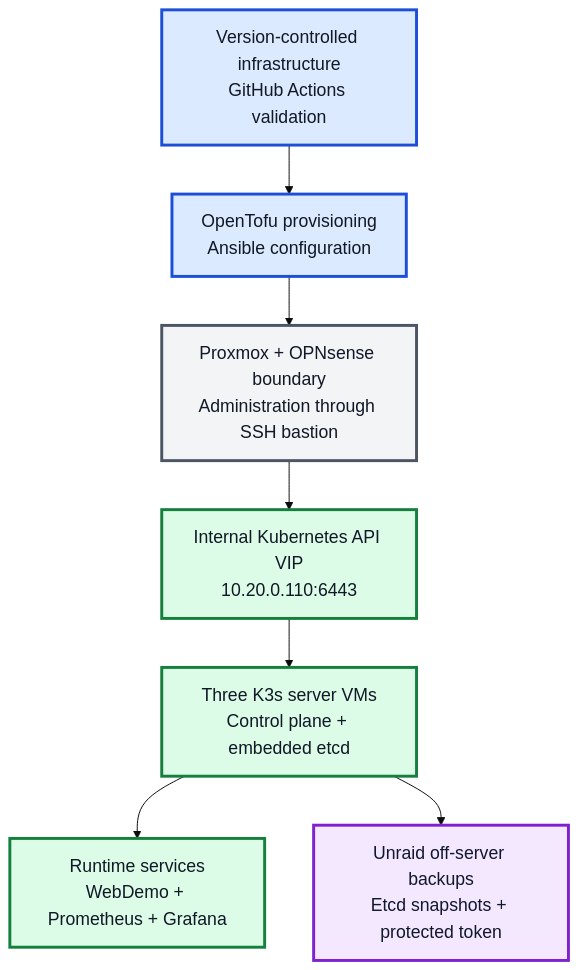
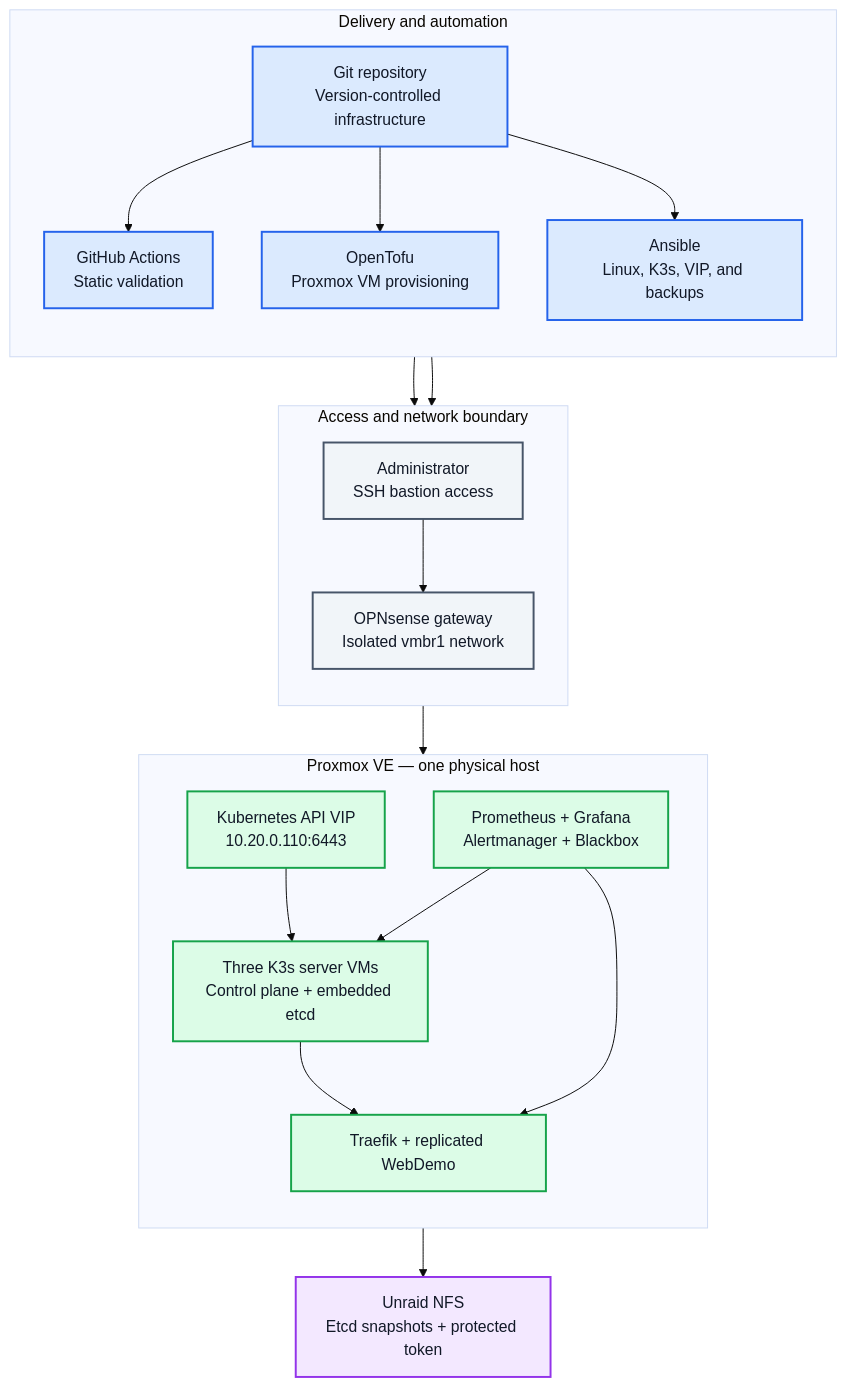
The first of 2 diagrams in README.md (Capasiter/homelab-portfolio), drawn with Mermaid (base theme) before and after one commit. The commit also changed other lines of this file, not shown here.

Commit message:
docs: unify Mermaid diagram styling

````diff
--- a/README.md
+++ b/README.md
@@ -32,27 +32,49 @@
 ```mermaid
-flowchart TD
-    Git["Version-controlled infrastructure<br/>GitHub Actions validation"]
-    Automation["OpenTofu provisioning<br/>Ansible configuration"]
-    Access["Proxmox + OPNsense boundary<br/>Administration through SSH bastion"]
-    VIP["Internal Kubernetes API VIP<br/>10.20.0.110:6443"]
-    Cluster["Three K3s server VMs<br/>Control plane + embedded etcd"]
-    Services["Runtime services<br/>WebDemo + Prometheus + Grafana"]
-    Backup["Unraid off-server backups<br/>Etcd snapshots + protected token"]
+flowchart TB
+    subgraph Delivery["Delivery and automation"]
+        direction TB
+        Git["Git repository<br/>Version-controlled infrastructure"]
+        CI["GitHub Actions<br/>Static validation"]
+        Tofu["OpenTofu<br/>Proxmox VM provisioning"]
+        Ansible["Ansible<br/>Linux, K3s, VIP, and backups"]
+        Git --> CI
+        Git --> Tofu
+        Git --> Ansible
+    end
 
-    Git --> Automation
-    Automation --> Access
-    Access --> VIP
-    VIP --> Cluster
-    Cluster --> Services
+    subgraph Access["Access and network boundary"]
+        direction TB
+        Admin["Administrator<br/>SSH bastion access"]
+        Gateway["OPNsense gateway<br/>Isolated vmbr1 network"]
+        Admin --> Gateway
+    end
+
+    subgraph Platform["Proxmox VE — one physical host"]
+        direction TB
+        VIP["Kubernetes API VIP<br/>10.20.0.110:6443"]
+        Cluster["Three K3s server VMs<br/>Control plane + embedded etcd"]
+        App["Traefik + replicated WebDemo"]
+        Observe["Prometheus + Grafana<br/>Alertmanager + Blackbox"]
+        VIP --> Cluster
+        Cluster --> App
+        Observe --> Cluster
+        Observe --> App
+    end
+
+    Backup["Unraid NFS<br/>Etcd snapshots + protected token"]
+
+    Tofu --> Gateway
+    Ansible --> Gateway
+    Gateway --> VIP
     Cluster --> Backup
 
-    classDef delivery fill:#DBEAFE,stroke:#1D4ED8,color:#111827,stroke-width:3px,font-size:18px
-    classDef boundary fill:#F3F4F6,stroke:#4B5563,color:#111827,stroke-width:3px,font-size:18px
-    classDef runtime fill:#DCFCE7,stroke:#15803D,color:#111827,stroke-width:3px,font-size:18px
-    classDef recovery fill:#F3E8FF,stroke:#7E22CE,color:#111827,stroke-width:3px,font-size:18px
+    classDef delivery fill:#DBEAFE,stroke:#2563EB,color:#111827,stroke-width:2px,font-size:16px
+    classDef boundary fill:#F1F5F9,stroke:#475569,color:#111827,stroke-width:2px,font-size:16px
+    classDef runtime fill:#DCFCE7,stroke:#16A34A,color:#111827,stroke-width:2px,font-size:16px
+    classDef recovery fill:#F3E8FF,stroke:#9333EA,color:#111827,stroke-width:2px,font-size:16px
 
-    class Git,Automation delivery
-    class Access boundary
-    class VIP,Cluster,Services runtime
+    class Git,CI,Tofu,Ansible delivery
+    class Admin,Gateway boundary
+    class VIP,Cluster,App,Observe runtime
     class Backup recovery
 ```
````
